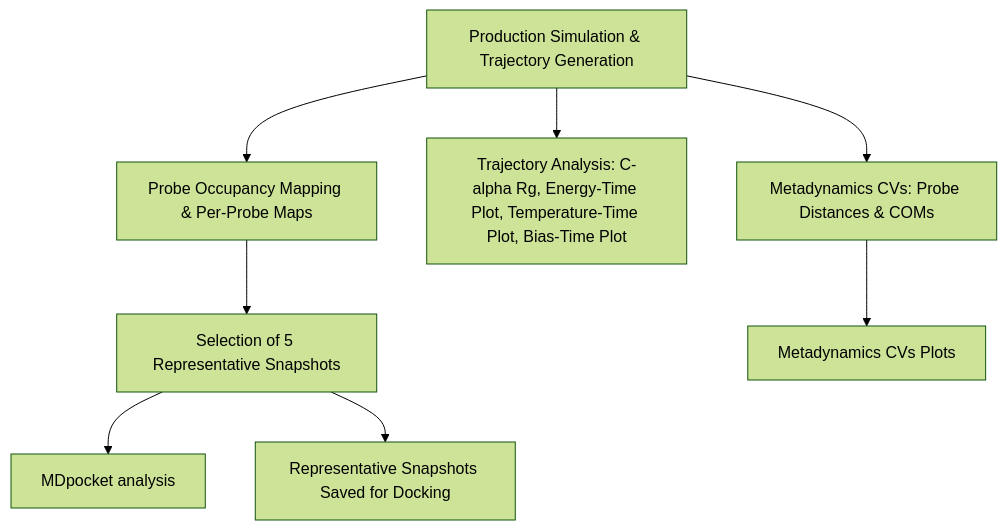
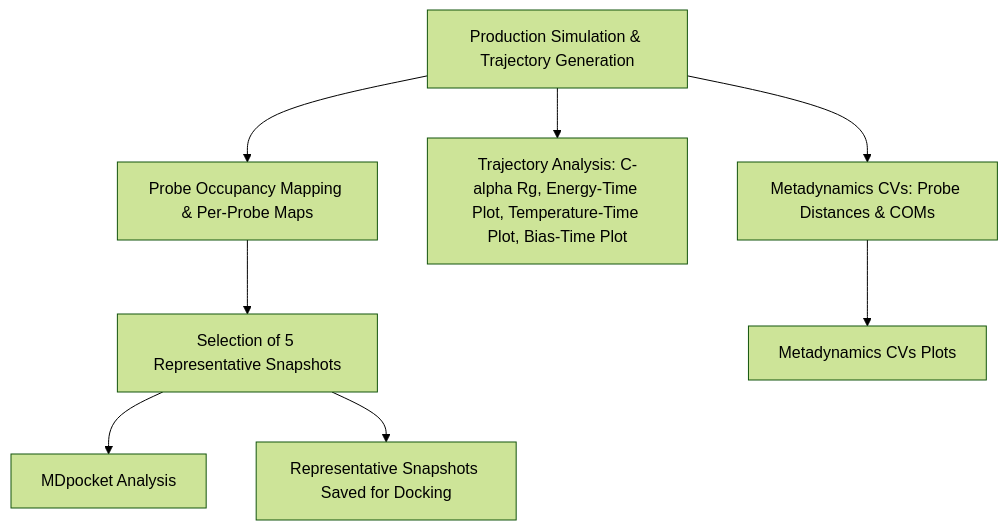
The fourth of 4 diagrams in Frag_to_lead/Frag_to_lead_4MZI/README.md (marcuswangweihow/FBDD), drawn with Mermaid (forest theme) before and after one commit. The commit also changed other lines of this file, not shown here.

````diff
--- a/Frag_to_lead/Frag_to_lead_4MZI/README.md
+++ b/Frag_to_lead/Frag_to_lead_4MZI/README.md
@@ -266,11 +268,11 @@
 ```mermaid
 flowchart TD
-    K["Production Simulation & Trajectory Generation"] --> L["Probe Occupancy Mapping & Per-Probe Maps"]
-    L --> M["Selection of 5 Representative Snapshots"]
-    M --> N["MDpocket analysis"]
-    M --> O["Representative Snapshots Saved for Docking"]
+    L["Production Simulation & Trajectory Generation"] --> M["Probe Occupancy Mapping & Per-Probe Maps"]
+    M --> N["Selection of 5 Representative Snapshots"]
+    N --> O["MDpocket Analysis"]
+    N --> P["Representative Snapshots Saved for Docking"]
 
-    K --> P["Trajectory Analysis: C-alpha Rg, Energy-Time Plot, Temperature-Time Plot, Bias-Time Plot"]
-    K --> Q["Metadynamics CVs: Probe Distances & COMs"]
-    Q --> R["Metadynamics CVs Plots"]
+    L --> Q["Trajectory Analysis: C-alpha Rg, Energy-Time Plot, Temperature-Time Plot, Bias-Time Plot"]
+    L --> R["Metadynamics CVs: Probe Distances & COMs"]
+    R --> S["Metadynamics CVs Plots"]
 ```
````
